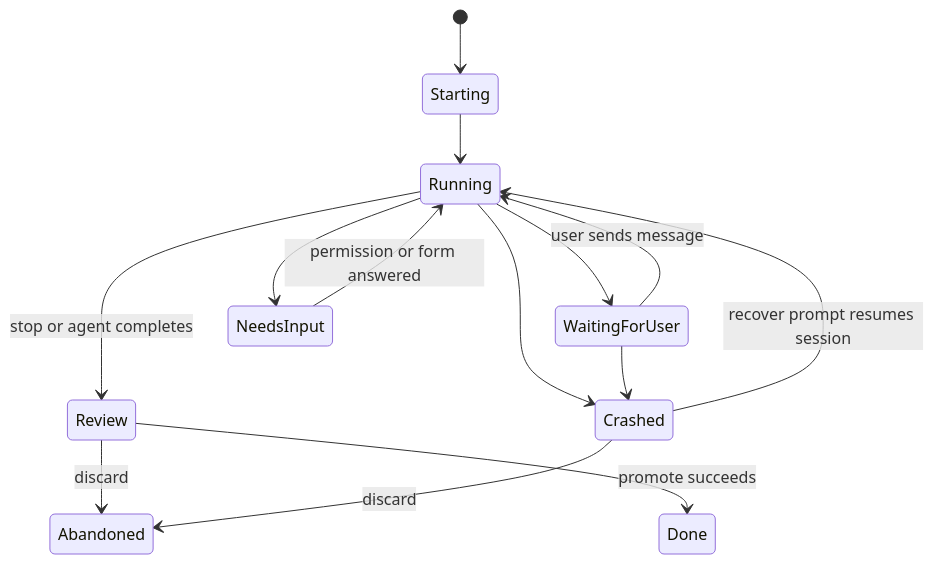
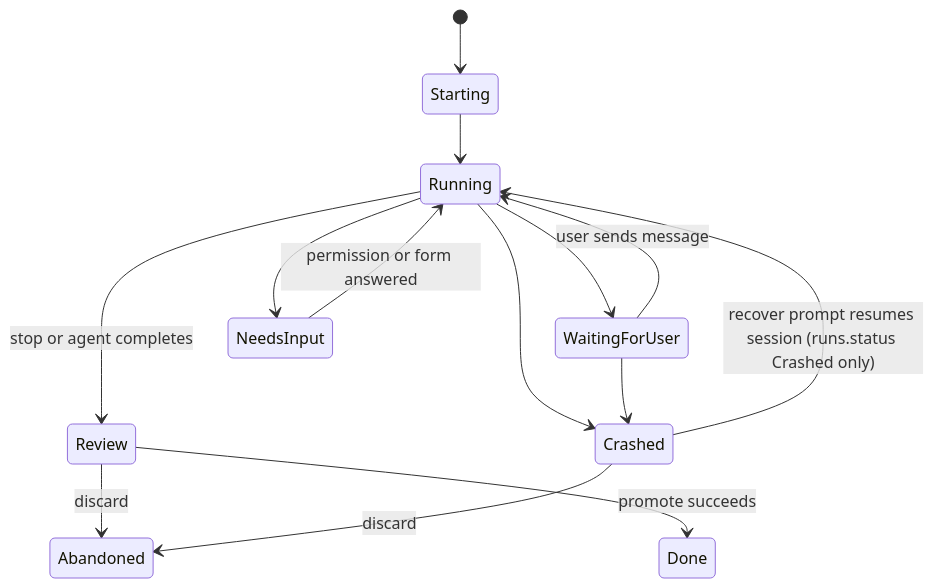
The second of 2 diagrams in docs/screens/runs/scratch-run.md (maister-dev/maister), drawn with Mermaid before and after one commit. The commit also changed other lines of this file and 28 other files, not shown here.

First line of the commit message:
docs(ownership): SDD for scratch grace/Recover, the agent queue invariant, the dead-session answer and the terminal cause (ADR-175/177/180/182 amendments)

````diff
--- a/docs/screens/runs/scratch-run.md
+++ b/docs/screens/runs/scratch-run.md
@@ -155,16 +157,16 @@
 ```mermaid
 stateDiagram-v2
     [*] --> Starting
     Starting --> Running
     Running --> WaitingForUser
     Running --> NeedsInput
     NeedsInput --> Running: permission or form answered
     WaitingForUser --> Running: user sends message
     Running --> Review: stop or agent completes
     Review --> Done: promote succeeds
     Running --> Crashed
     WaitingForUser --> Crashed
-    Crashed --> Running: recover prompt resumes session
+    Crashed --> Running: recover prompt resumes session (runs.status Crashed only)
     Review --> Abandoned: discard
     Crashed --> Abandoned: discard
 ```
````
